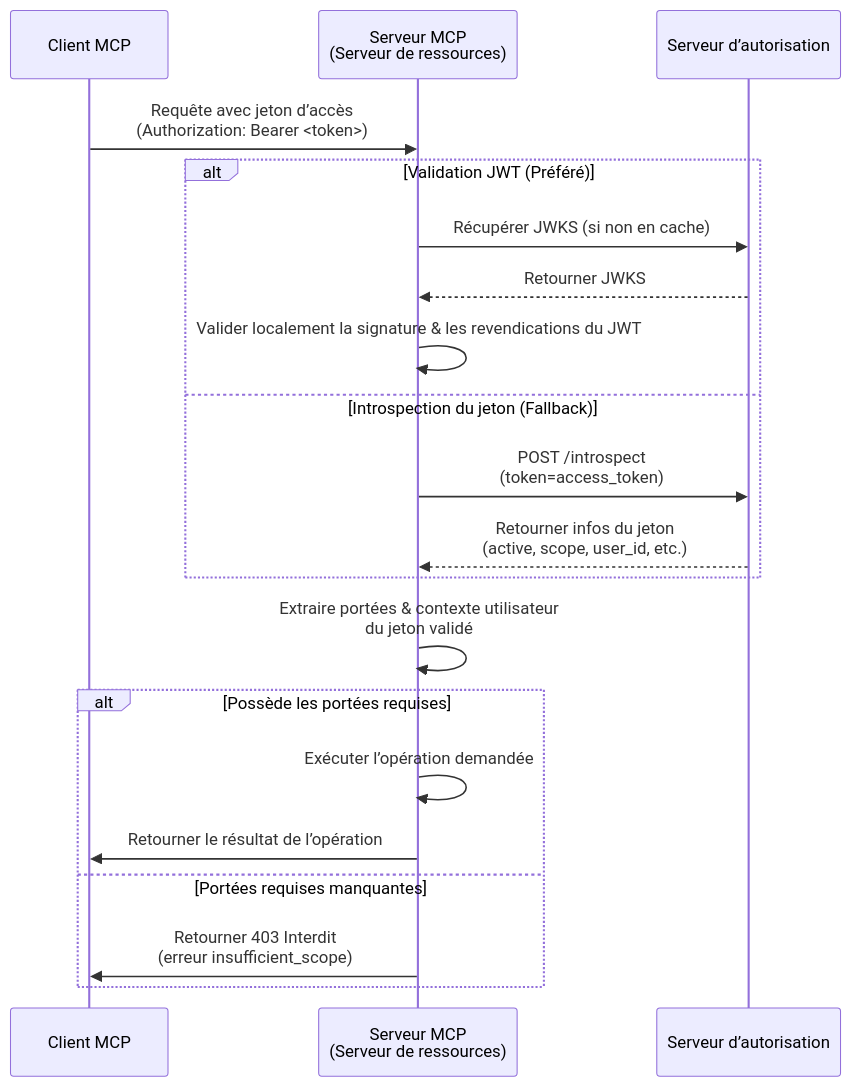
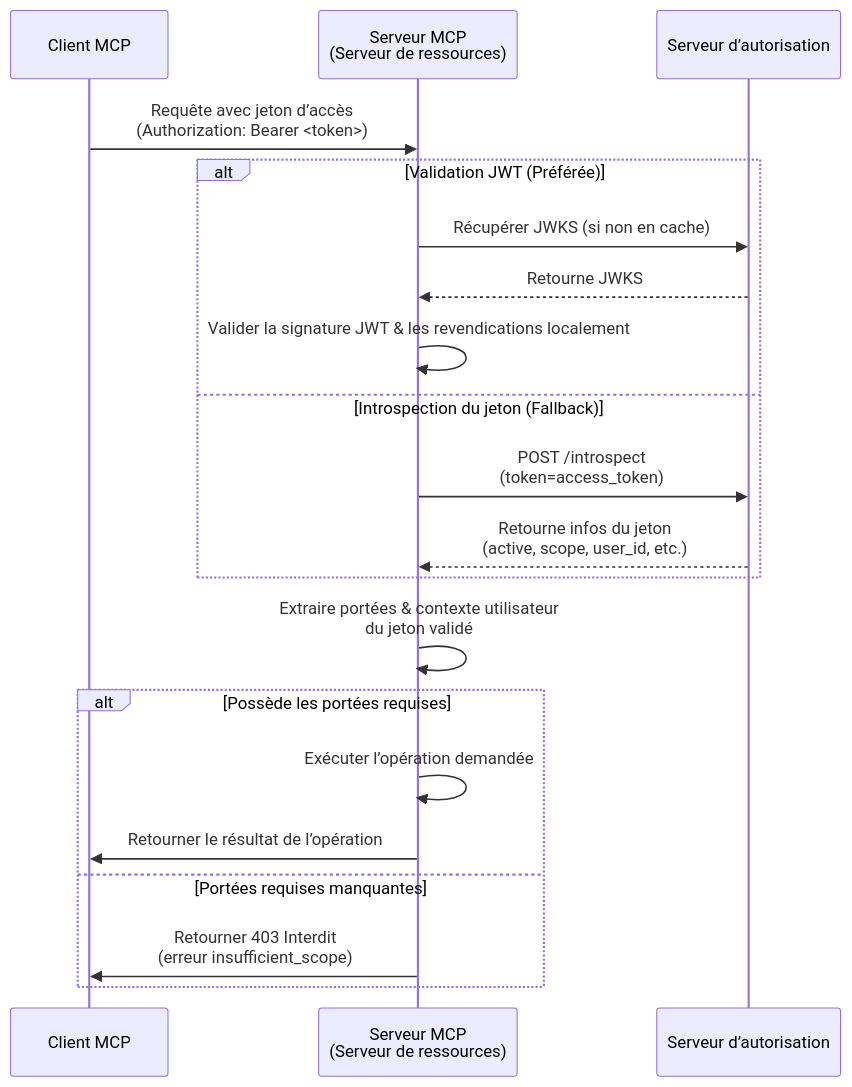
One commit to mcp-auth/docs changed the second of 2 diagrams in i18n/fr/docusaurus-plugin-content-docs/current/tutorials/todo-manager/README.mdx. Above: the diagram before and after it, drawn with Mermaid. The commit also changed other lines of this file and 18 other files, not shown here.

````diff
--- a/i18n/fr/docusaurus-plugin-content-docs/current/tutorials/todo-manager/README.mdx
+++ b/i18n/fr/docusaurus-plugin-content-docs/current/tutorials/todo-manager/README.mdx
@@ -135,26 +137,26 @@
 ```mermaid
 sequenceDiagram
     participant Client as Client MCP
     participant Server as Serveur MCP<br/>(Serveur de ressources)
     participant Auth as Serveur d’autorisation
 
     Client->>Server: Requête avec jeton d’accès<br/>(Authorization: Bearer <token>)
 
-    alt Validation JWT (Préféré)
+    alt Validation JWT (Préférée)
         Server->>Auth: Récupérer JWKS (si non en cache)
-        Auth-->>Server: Retourner JWKS
-        Server->>Server: Valider localement la signature & les revendications du JWT
+        Auth-->>Server: Retourne JWKS
+        Server->>Server: Valider la signature JWT & les revendications localement
     else Introspection du jeton (Fallback)
         Server->>Auth: POST /introspect<br/>(token=access_token)
-        Auth-->>Server: Retourner infos du jeton<br/>(active, scope, user_id, etc.)
+        Auth-->>Server: Retourne infos du jeton<br/>(active, scope, user_id, etc.)
     end
 
     Server->>Server: Extraire portées & contexte utilisateur<br/>du jeton validé
 
     alt Possède les portées requises
         Server->>Server: Exécuter l’opération demandée
         Server->>Client: Retourner le résultat de l’opération
     else Portées requises manquantes
         Server->>Client: Retourner 403 Interdit<br/>(erreur insufficient_scope)
     end
 ```
````
